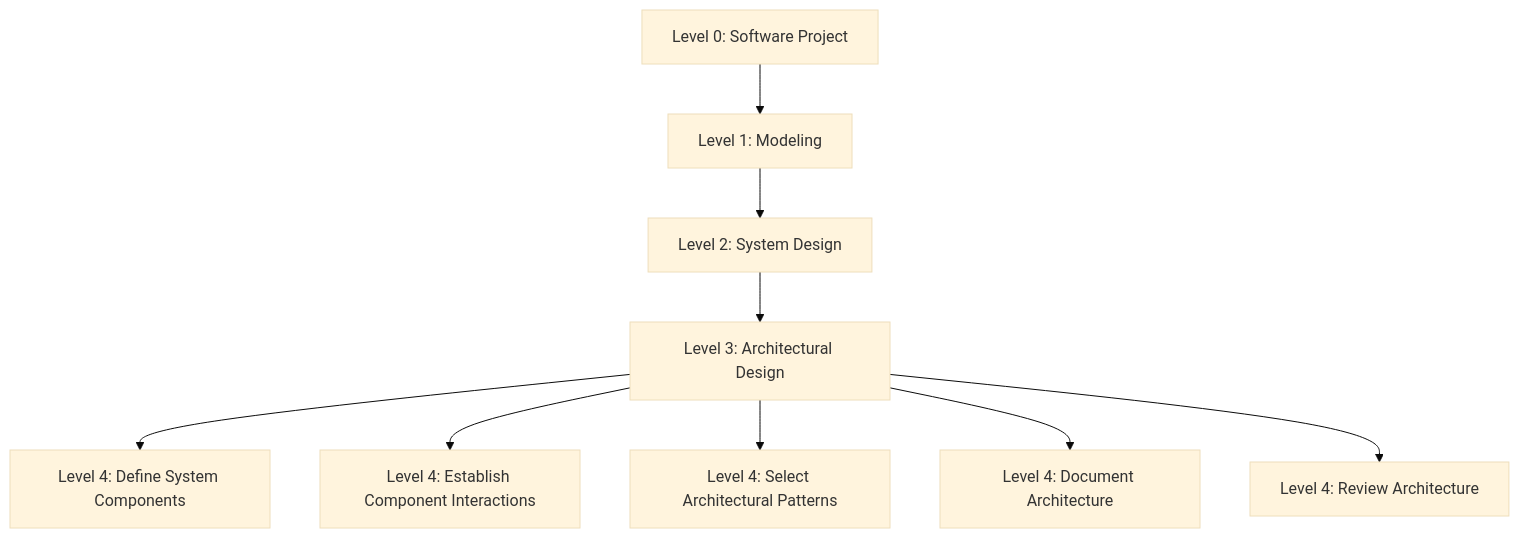
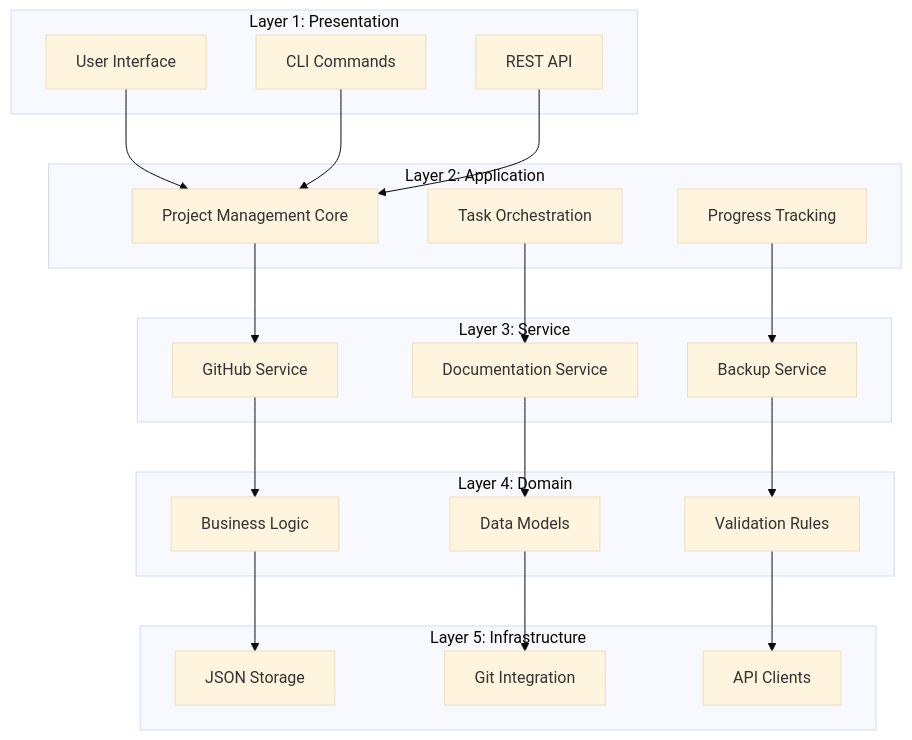
The second of 4 diagrams in Docs/json_inputs_standard/Design/Architectural_Design.md (Shakour-Data/AutoProjectManagement), drawn with Mermaid (base theme) before and after one commit. The commit also changed other lines of this file, not shown here.

````diff
--- a/Docs/json_inputs_standard/Design/Architectural_Design.md
+++ b/Docs/json_inputs_standard/Design/Architectural_Design.md
@@ -79,11 +81,48 @@
 ```mermaid
-graph TD
-    A[Level 0: Software Project] --> B[Level 1: Modeling]
-    B --> C[Level 2: System Design]
-    C --> D[Level 3: Architectural Design]
-    D --> E[Level 4: Define System Components]
-    D --> F[Level 4: Establish Component Interactions]
-    D --> G[Level 4: Select Architectural Patterns]
-    D --> H[Level 4: Document Architecture]
-    D --> I[Level 4: Review Architecture]
+flowchart TD
+    subgraph "Layer 1: Presentation"
+        A[User Interface]
+        B[CLI Commands]
+        C[REST API]
+    end
+    
+    subgraph "Layer 2: Application"
+        D[Project Management Core]
+        E[Task Orchestration]
+        F[Progress Tracking]
+    end
+    
+    subgraph "Layer 3: Service"
+        G[GitHub Service]
+        H[Documentation Service]
+        I[Backup Service]
+    end
+    
+    subgraph "Layer 4: Domain"
+        J[Business Logic]
+        K[Data Models]
+        L[Validation Rules]
+    end
+    
+    subgraph "Layer 5: Infrastructure"
+        M[JSON Storage]
+        N[Git Integration]
+        O[API Clients]
+    end
+    
+    A --> D
+    B --> D
+    C --> D
+    
+    D --> G
+    E --> H
+    F --> I
+    
+    G --> J
+    H --> K
+    I --> L
+    
+    J --> M
+    K --> N
+    L --> O
 ```
````
